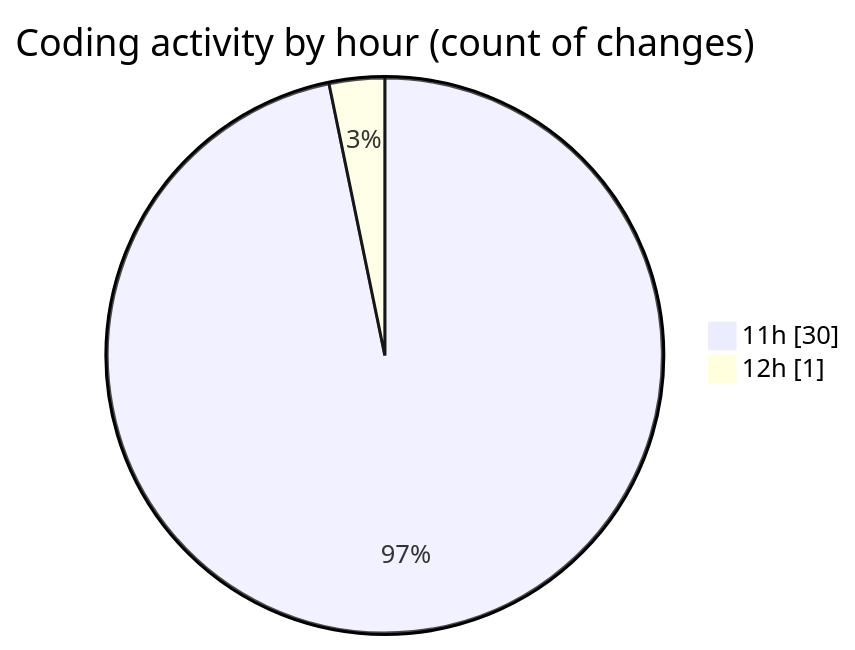
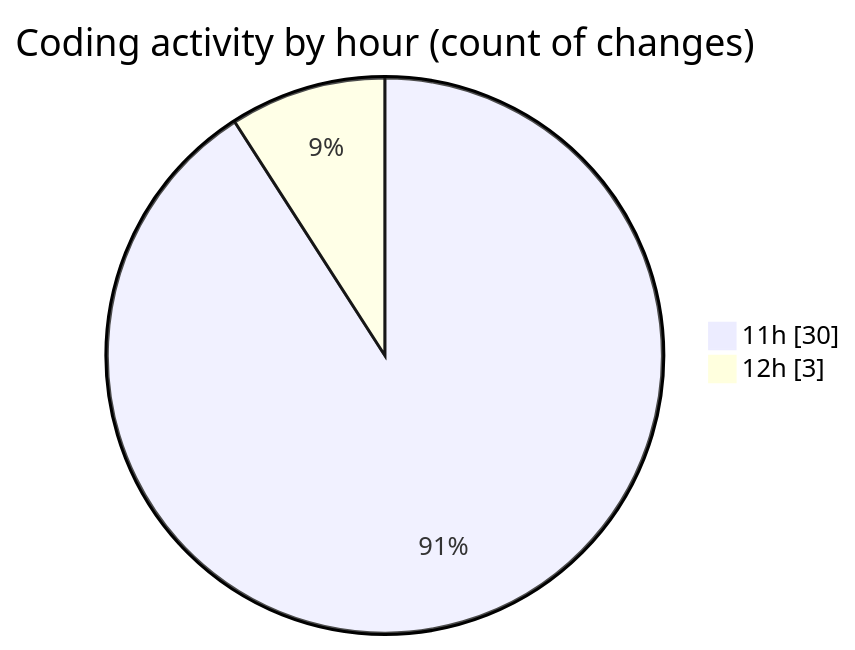
The second of 2 diagrams in 2025-08-25/studybuddy/README.md (lephambinh05/code-tracking), drawn with Mermaid before and after one commit. The commit also changed other lines of this file and 1 other file, not shown here.

````diff
--- a/2025-08-25/studybuddy/README.md
+++ b/2025-08-25/studybuddy/README.md
@@ -45,6 +47,6 @@
 ```mermaid
 pie showData
 title Coding activity by hour (count of changes)
 "11h" : 30
-"12h" : 1
+"12h" : 3
 ```
````
